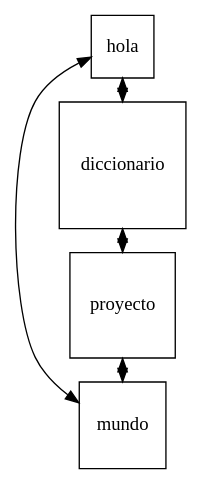
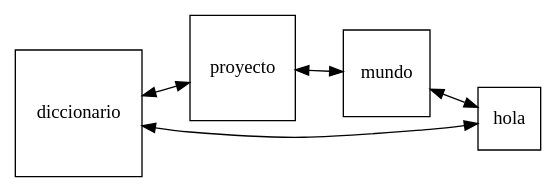
The diagram in Diccionario.dot (AhiezerRamirez/EDD_1S2020_PY1_201709062), drawn with Graphviz before and after one commit. The commit also changed 14 other files, not shown here.

```diff
--- a/Diccionario.dot
+++ b/Diccionario.dot
@@ -1,9 +1,8 @@
 digraph G {
  node [shape = square]; 
  graph [rankdir=LR];
 diccionario -> proyecto[ dir=both];
 proyecto -> mundo[ dir=both];
 mundo -> hola[ dir=both];
 hola -> diccionario[ dir=both];
- {rank= same;diccionario ;proyecto ;mundo ;hola }
-}
+ }
```
